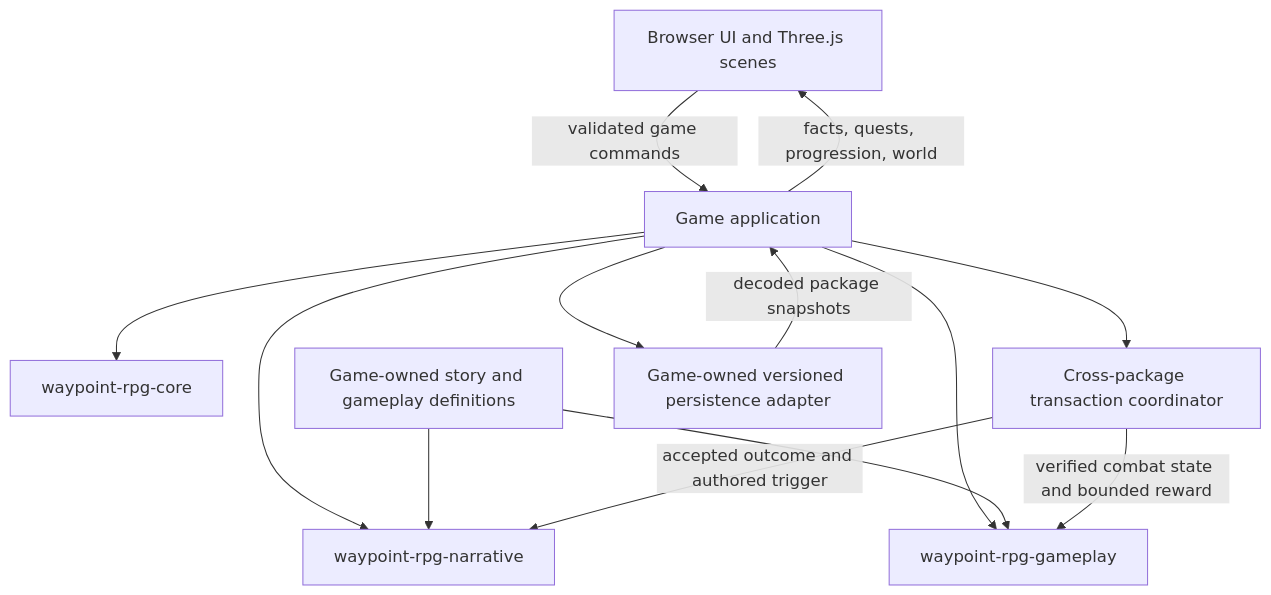
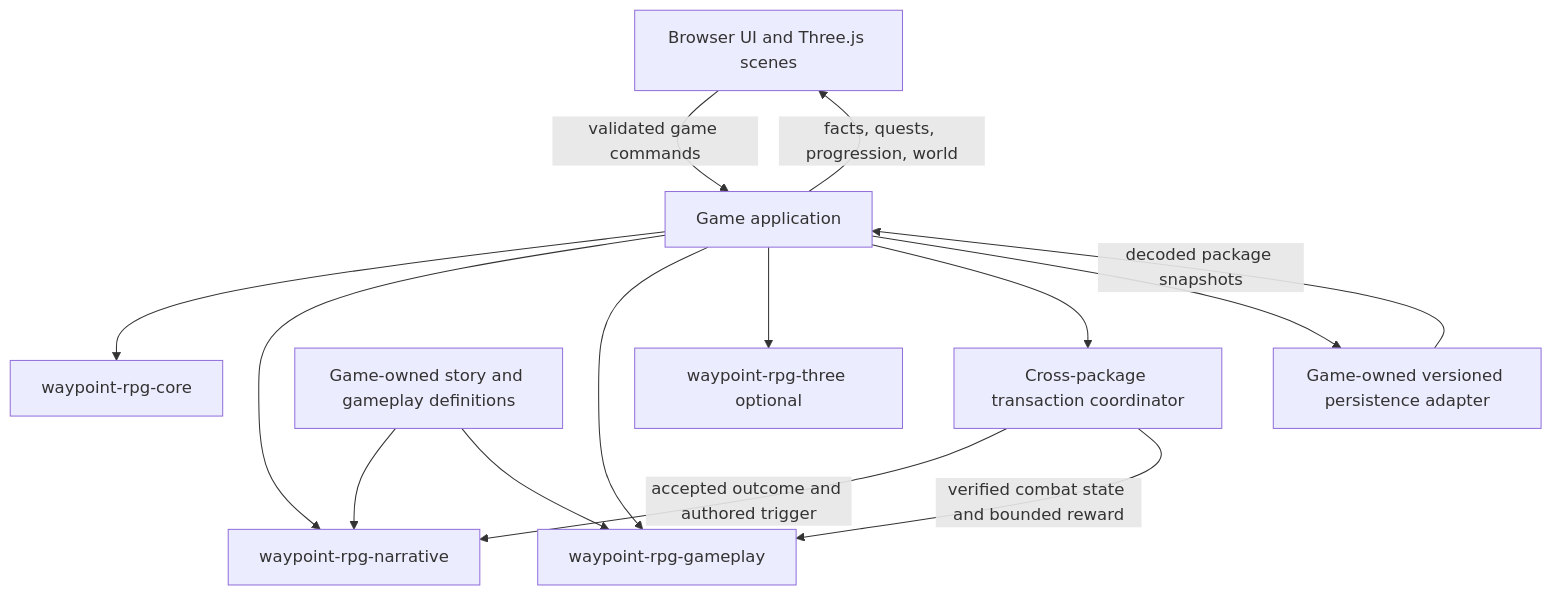
One commit to hmmftg/game-kids-turn-based-rpg changed the diagram in docs/CREATING-A-SAMPLE-GAME.md. Above: the diagram before and after it, drawn with Mermaid. The commit also changed other lines of this file and 21 other files, not shown here.

````diff
--- a/docs/CREATING-A-SAMPLE-GAME.md
+++ b/docs/CREATING-A-SAMPLE-GAME.md
@@ -16,15 +17,16 @@
 ```mermaid
 flowchart TD
   UI[Browser UI and Three.js scenes] -->|validated game commands| G[Game application]
   G --> C[waypoint-rpg-core]
   G --> N[waypoint-rpg-narrative]
   G --> P[waypoint-rpg-gameplay]
+  G --> T[waypoint-rpg-three optional]
   A[Game-owned story and gameplay definitions] --> N
   A --> P
   G --> X[Cross-package transaction coordinator]
   X -->|accepted outcome and authored trigger| N
   X -->|verified combat state and bounded reward| P
   G -->|facts, quests, progression, world| UI
   G --> S[Game-owned versioned persistence adapter]
   S -->|decoded package snapshots| G
 ```
````
